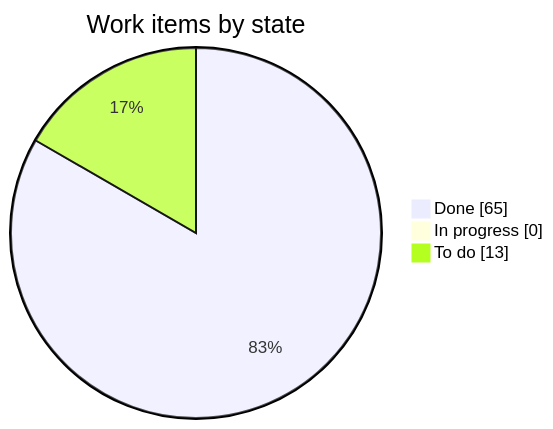
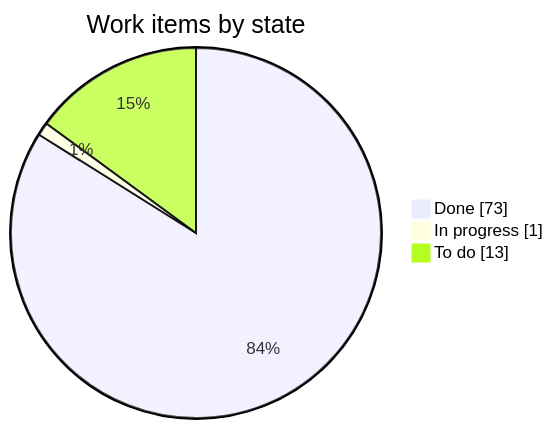
Before and after one commit to LoMagnette/ghost-light: the first of 2 diagrams in STATUS.md, drawn with Mermaid. The commit also changed other lines of this file, not shown here.

````diff
--- a/STATUS.md
+++ b/STATUS.md
@@ -37,7 +38,7 @@
 ```mermaid
 pie showData
     title Work items by state
-    "Done" : 65
-    "In progress" : 0
+    "Done" : 73
+    "In progress" : 1
     "To do" : 13
 ```
````
